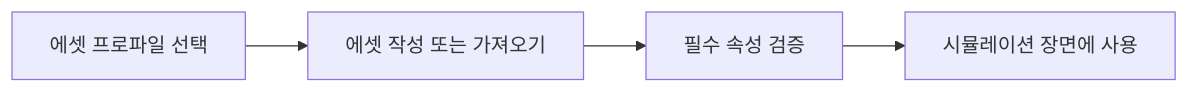
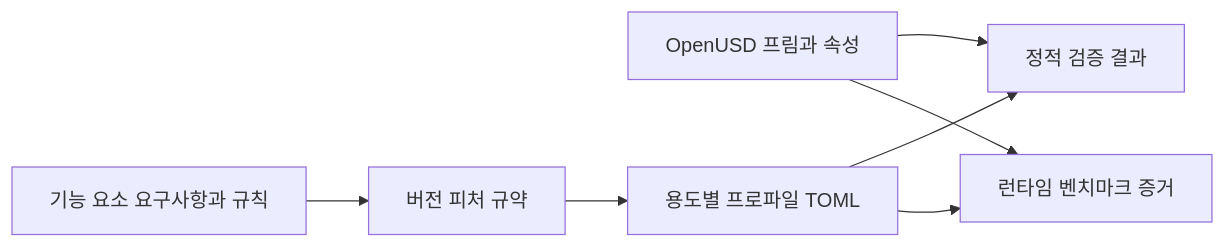
One commit to james-joobs/awesome-nvidia-physical-ai changed the diagram in docs/ko/simready-foundation.md. Above: the diagram before and after it, drawn with Mermaid. The commit also changed other lines of this file and 187 other files, not shown here.

Commit message:
Expand bilingual guides with official architecture references

````diff
--- a/docs/ko/simready-foundation.md
+++ b/docs/ko/simready-foundation.md
@@ -19,8 +17,15 @@
 ```mermaid
 flowchart LR
-  S0["에셋 프로파일 선택"]
-  S1["에셋 작성 또는 가져오기"]
-  S2["필수 속성 검증"]
-  S3["시뮬레이션 장면에 사용"]
-  S0 --> S1 --> S2 --> S3
+    props["OpenUSD 프림과 속성"]
+    req["기능 요소 요구사항과 규칙"]
+    feature["버전 피처 규약"]
+    profile["용도별 프로파일 TOML"]
+    val["정적 검증 결과"]
+    runtime["런타임 벤치마크 증거"]
+    req --> feature
+    feature --> profile
+    profile --> val
+    props --> val
+    props --> runtime
+    profile --> runtime
 ```
````
